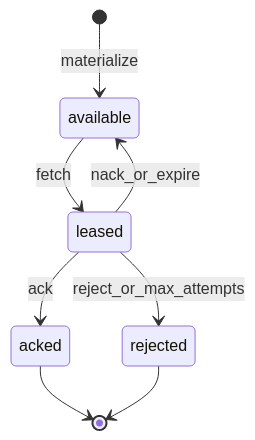
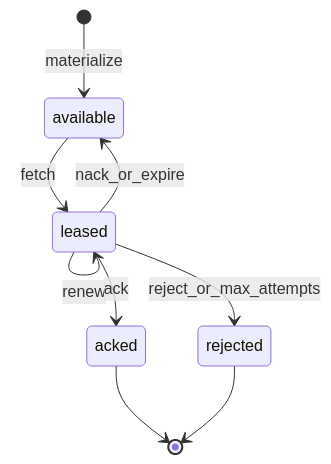
The third of 3 diagrams in docs/diagrams.md (thanos/rheo), drawn with Mermaid before and after one commit. The commit also changed other lines of this file and 45 other files, not shown here.

````diff
--- a/docs/diagrams.md
+++ b/docs/diagrams.md
@@ -34,10 +42,11 @@
 ```mermaid
 stateDiagram-v2
   [*] --> available: materialize
   available --> leased: fetch
+  leased --> leased: renew
   leased --> acked: ack
   leased --> available: nack_or_expire
   leased --> rejected: reject_or_max_attempts
   acked --> [*]
   rejected --> [*]
 ```
````
